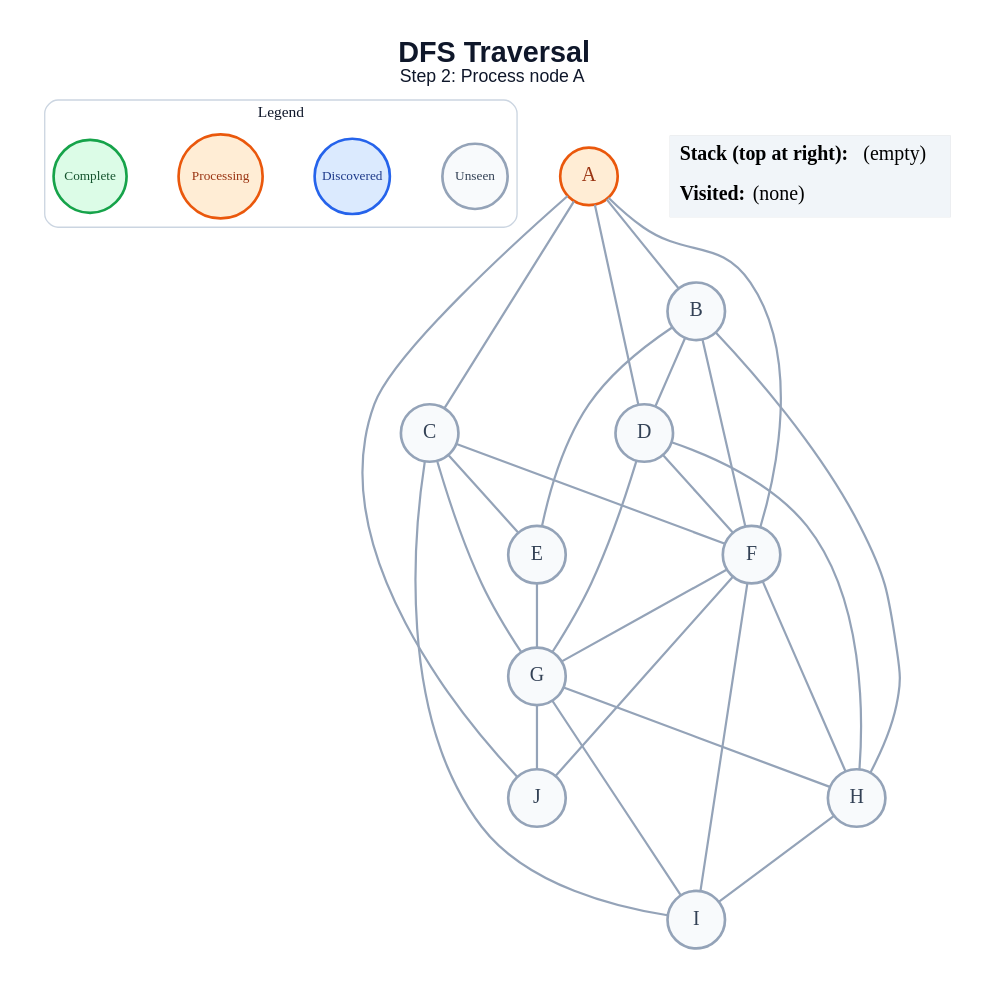
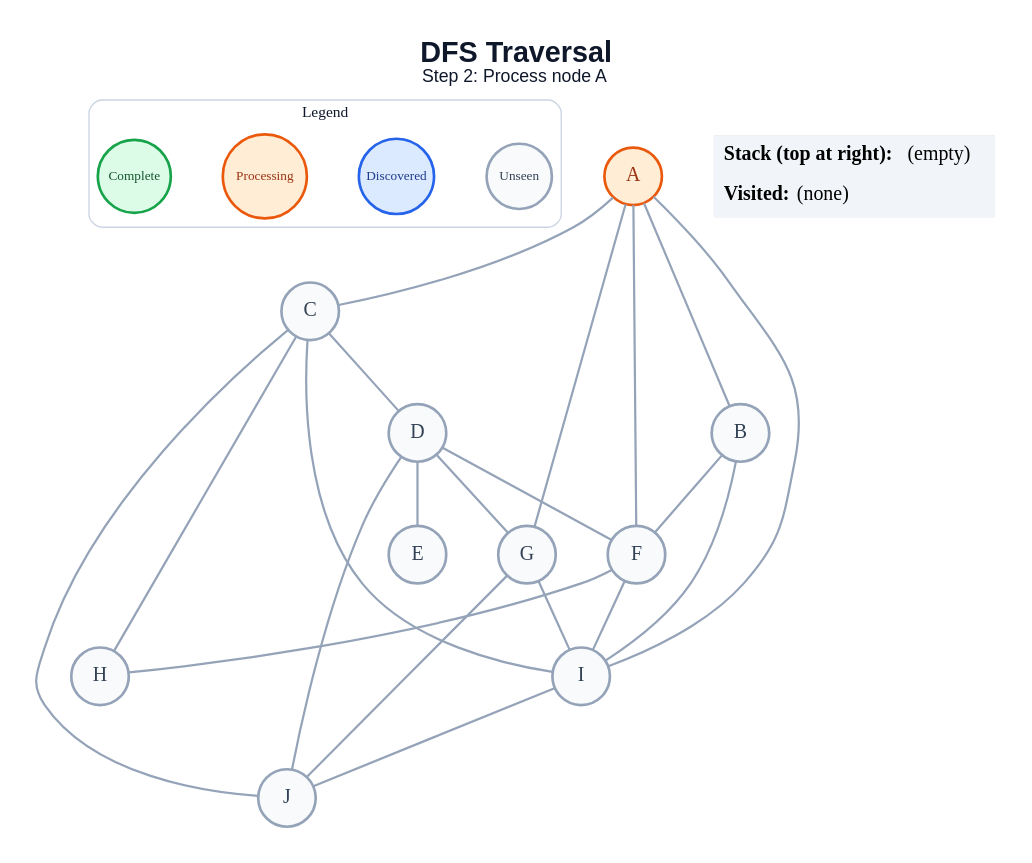
Before and after one commit to amanghodawala9/ai-slop: the diagram in generated/dfs/step_02.dot, drawn with Graphviz. The commit also changed 178 other files, not shown here.

```diff
--- a/generated/dfs/step_02.dot
+++ b/generated/dfs/step_02.dot
@@ -1,54 +1,49 @@
 graph traversal {
   graph [layout=dot, rankdir=TB, bgcolor="#FFFFFF", pad="0.35", nodesep="0.65", ranksep="0.8", fontname="Arial"];
   node [shape=circle, style="filled", fontname="Arial Bold", fontsize=18, width=0.72, fixedsize=true, penwidth=2.4];
   edge [color="#94A3B8", penwidth=2.0];
   label=<<B>DFS Traversal</B><BR/><FONT POINT-SIZE="16">Step 2: Process node A</FONT>>; labelloc="t"; fontsize=26; fontname="Arial"; fontcolor="#0F172A";
   subgraph cluster_legend { label="Legend"; color="#CBD5E1"; penwidth=1.2; style="rounded"; fontsize=14; fontname="Arial Bold";
     key_unseen [label="Unseen", fillcolor="#F8FAFC", color="#94A3B8", fontcolor="#334155", fontsize=12, width=0.82];
     key_frontier [label="Discovered", fillcolor="#DBEAFE", color="#2563EB", fontcolor="#1E3A8A", fontsize=12, width=0.95];
     key_current [label="Processing", fillcolor="#FFEDD5", color="#EA580C", fontcolor="#9A3412", fontsize=12, width=1.05];
     key_done [label="Complete", fillcolor="#DCFCE7", color="#16A34A", fontcolor="#14532D", fontsize=12, width=0.92];
     { rank=same; key_unseen; key_frontier; key_current; key_done; }
   }
   A [fillcolor="#FFEDD5", color="#EA580C", fontcolor="#9A3412"];
   B [fillcolor="#F8FAFC", color="#94A3B8", fontcolor="#334155"];
   C [fillcolor="#F8FAFC", color="#94A3B8", fontcolor="#334155"];
   D [fillcolor="#F8FAFC", color="#94A3B8", fontcolor="#334155"];
   E [fillcolor="#F8FAFC", color="#94A3B8", fontcolor="#334155"];
   F [fillcolor="#F8FAFC", color="#94A3B8", fontcolor="#334155"];
   G [fillcolor="#F8FAFC", color="#94A3B8", fontcolor="#334155"];
   H [fillcolor="#F8FAFC", color="#94A3B8", fontcolor="#334155"];
   I [fillcolor="#F8FAFC", color="#94A3B8", fontcolor="#334155"];
   J [fillcolor="#F8FAFC", color="#94A3B8", fontcolor="#334155"];
   A -- B;
   A -- C;
-  A -- D;
   A -- F;
-  A -- J;
-  B -- D;
-  B -- E;
+  A -- G;
+  A -- I;
   B -- F;
-  B -- H;
-  C -- E;
-  C -- F;
-  C -- G;
+  B -- I;
+  C -- D;
+  C -- H;
   C -- I;
+  C -- J;
+  D -- E;
   D -- F;
   D -- G;
-  D -- H;
-  E -- G;
-  F -- G;
+  D -- J;
   F -- H;
   F -- I;
-  F -- J;
-  G -- H;
   G -- I;
   G -- J;
-  H -- I;
+  I -- J;
   status [shape=plain, fixedsize=false, width=0, height=0, margin=0, label=<
     <TABLE BORDER="0" CELLBORDER="0" CELLPADDING="7" BGCOLOR="#F1F5F9">
       <TR><TD ALIGN="LEFT"><B>Stack (top at right):</B> (empty)</TD></TR>
       <TR><TD ALIGN="LEFT"><B>Visited:</B> (none)</TD></TR>
     </TABLE>
   >];
 }
```
